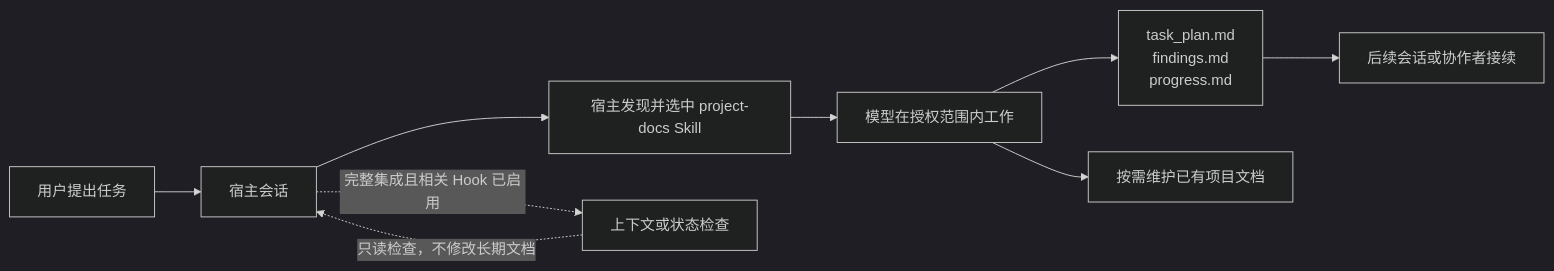
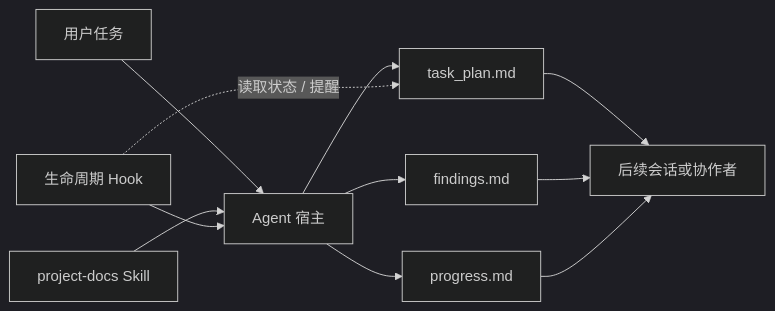
Before and after one commit to psiQAQ/planweft: the diagram in README.md, drawn with Mermaid (dark theme). The commit also changed other lines of this file and 88 other files, not shown here.

````diff
--- a/README.md
+++ b/README.md
@@ -82,11 +45,13 @@
 ```mermaid
 flowchart LR
-    U[用户提出任务] --> H[宿主会话]
-    H --> S[宿主发现并选中 project-docs Skill]
-    S --> M[模型在授权范围内工作]
-    M --> P[task_plan.md\nfindings.md\nprogress.md]
-    M --> D[按需维护已有项目文档]
-    P --> N[后续会话或协作者接续]
-    H -. 完整集成且相关 Hook 已启用 .-> K[上下文或状态检查]
-    K -. 只读检查，不修改长期文档 .-> H
+    U[用户任务] --> A[Agent 宿主]
+    S[project-docs Skill] --> A
+    H[生命周期 Hook] --> A
+    A --> P[task_plan.md]
+    A --> F[findings.md]
+    A --> G[progress.md]
+    P --> N[后续会话或协作者]
+    F --> N
+    G --> N
+    H -. 读取状态 / 提醒 .-> P
 ```
````
